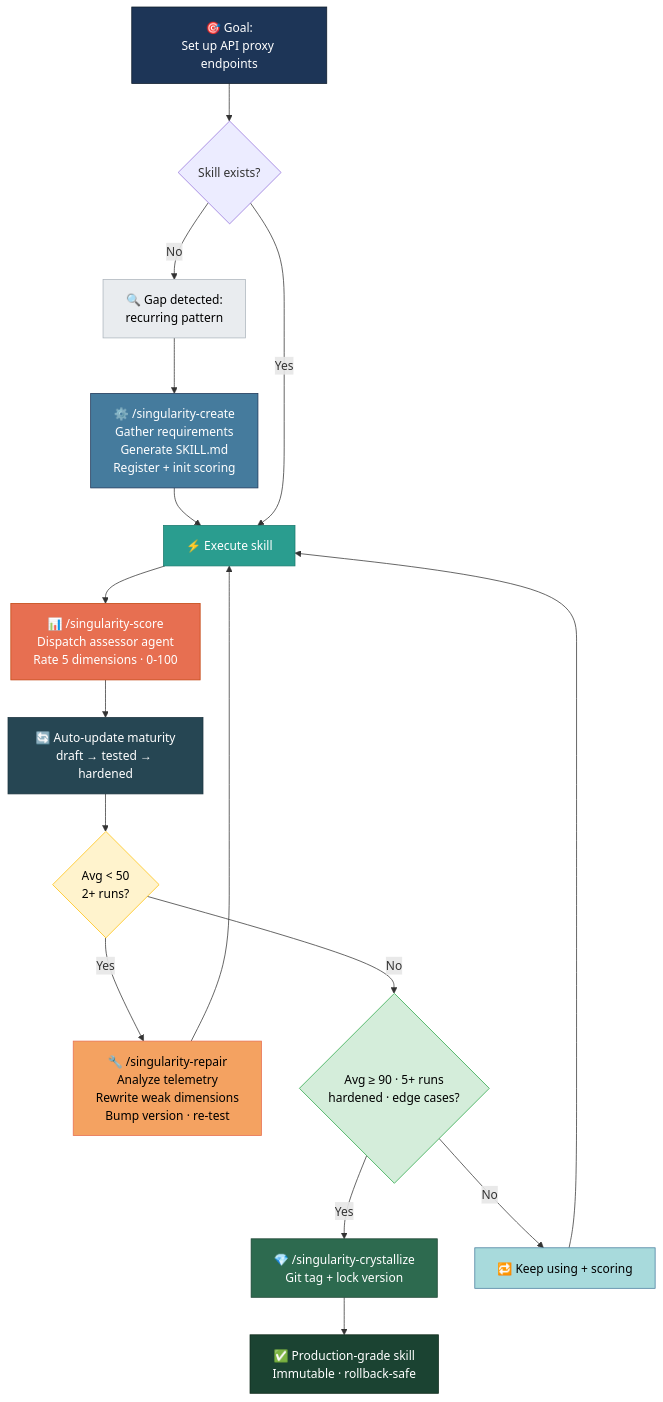
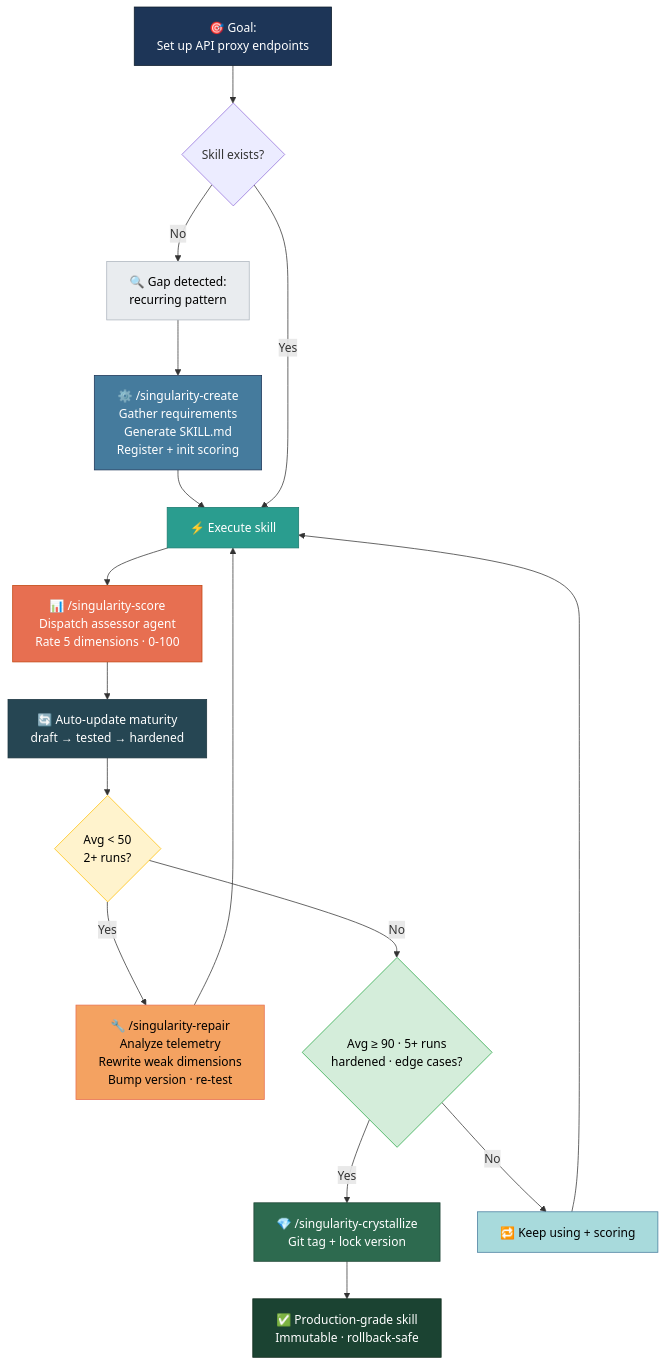
The first of 2 diagrams in README.md (Shmayro/singularity-claude), drawn with Mermaid before and after one commit.

Commit message:
docs: fix clipped labels in README flow diagram

````diff
--- a/README.md
+++ b/README.md
@@ -28,37 +28,38 @@
 ```mermaid
+%%{init: {"flowchart": {"wrappingWidth": 400}}}%%
 graph TD
     Goal["🎯 Goal:<br/>Set up API proxy endpoints"]
     Goal --> HasSkill{Skill exists?}
 
     HasSkill -->|No| Gap["🔍 Gap detected:<br/>recurring pattern"]
-    Gap --> Create["⚙️ /singularity-create\nGather requirements\nGenerate SKILL.md\nRegister + init scoring"]
+    Gap --> Create["⚙️ /singularity-create<br/>Gather requirements<br/>Generate SKILL.md<br/>Register + init scoring"]
     Create --> Execute
 
     HasSkill -->|Yes| Execute["⚡ Execute skill"]
-    Execute --> Score["📊 /singularity-score\nDispatch assessor agent\nRate 5 dimensions · 0-100"]
-    Score --> Maturity["🔄 Auto-update maturity\ndraft → tested → hardened"]
+    Execute --> Score["📊 /singularity-score<br/>Dispatch assessor agent<br/>Rate 5 dimensions · 0-100"]
+    Score --> Maturity["🔄 Auto-update maturity<br/>draft → tested → hardened"]
 
-    Maturity --> Low{Avg < 50\n2+ runs?}
-    Low -->|Yes| Repair["🔧 /singularity-repair\nAnalyze telemetry\nRewrite weak dimensions\nBump version · re-test"]
+    Maturity --> Low{Avg < 50<br/>2+ runs?}
+    Low -->|Yes| Repair["🔧 /singularity-repair<br/>Analyze telemetry<br/>Rewrite weak dimensions<br/>Bump version · re-test"]
     Repair --> Execute
 
-    Low -->|No| High{Avg ≥ 90 · 5+ runs\nhardened · edge cases?}
-    High -->|Yes| Crystal["💎 /singularity-crystallize\nGit tag + lock version"]
-    Crystal --> Done["✅ Production-grade skill\nImmutable · rollback-safe"]
+    Low -->|No| High{Avg ≥ 90 · 5+ runs<br/>hardened · edge cases?}
+    High -->|Yes| Crystal["💎 /singularity-crystallize<br/>Git tag + lock version"]
+    Crystal --> Done["✅ Production-grade skill<br/>Immutable · rollback-safe"]
 
     High -->|No| Loop["🔁 Keep using + scoring"]
     Loop --> Execute
 
     style Goal fill:#1d3557,color:#fff,stroke:#0d1b2a
     style Gap fill:#e9ecef,color:#000,stroke:#adb5bd
     style Create fill:#457b9d,color:#fff,stroke:#1d3557
     style Execute fill:#2a9d8f,color:#fff,stroke:#1a7a6e
     style Score fill:#e76f51,color:#fff,stroke:#c1440e
     style Maturity fill:#264653,color:#fff,stroke:#1d3540
     style Low fill:#fff3cd,color:#000,stroke:#ffc107
     style High fill:#d4edda,color:#000,stroke:#28a745
     style Repair fill:#f4a261,color:#000,stroke:#e76f51
     style Crystal fill:#2d6a4f,color:#fff,stroke:#1b4332
     style Done fill:#1b4332,color:#fff,stroke:#0d2818
     style Loop fill:#a8dadc,color:#000,stroke:#457b9d
 ```
````
